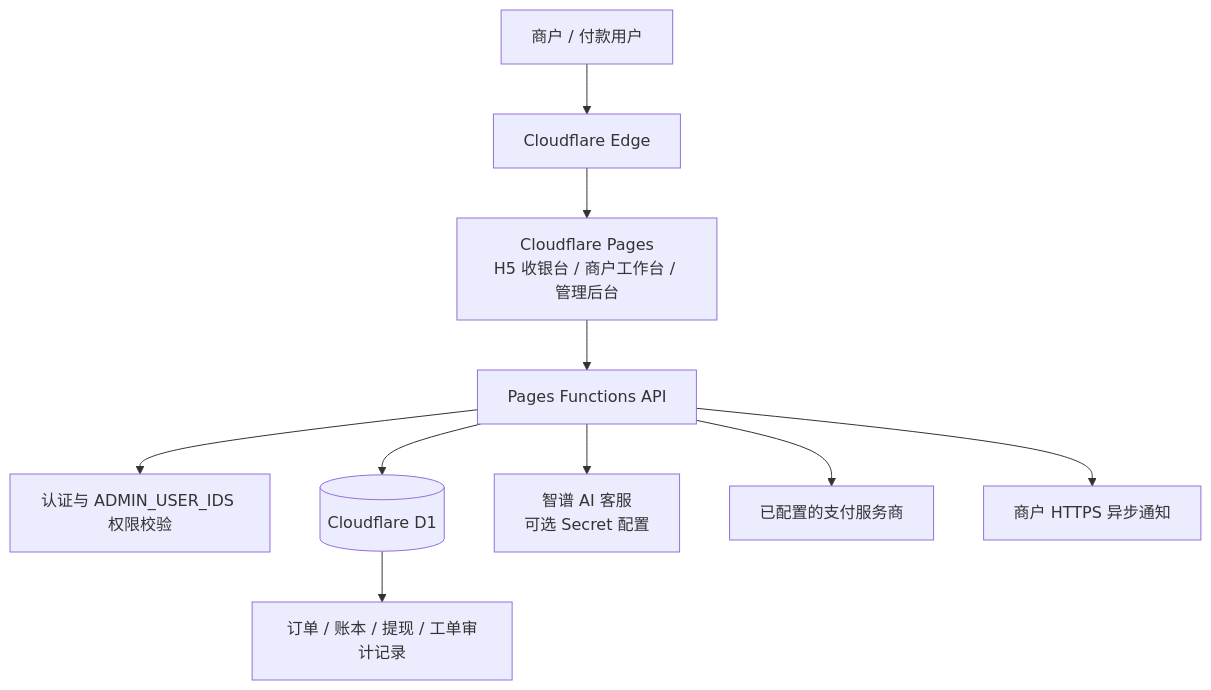
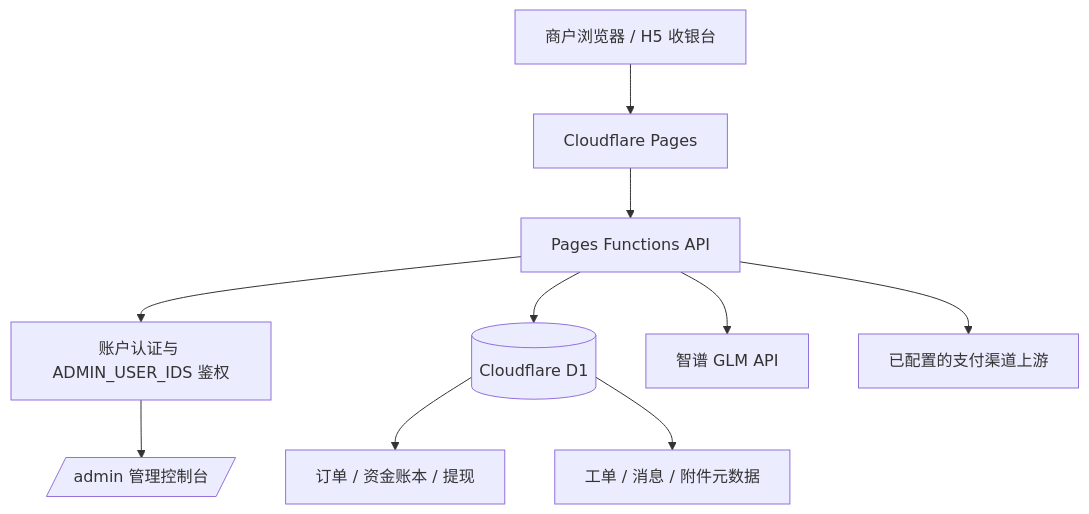
One commit to Zhouzhou198871/pay changed the diagram in README.md. Above: the diagram before and after it, drawn with Mermaid. The commit also changed other lines of this file, not shown here.

Commit message:
Rewrite project README with architecture, setup and compliance

````diff
--- a/README.md
+++ b/README.md
@@ -17,12 +20,12 @@
 ```mermaid
-flowchart TD
-  U[商户 / 付款用户] --> EDGE[Cloudflare Edge]
-  EDGE --> PAGES[Cloudflare Pages<br/>H5 收银台 / 商户工作台 / 管理后台]
-  PAGES --> FN[Pages Functions API]
-  FN --> AUTH[认证与 ADMIN_USER_IDS 权限校验]
-  FN --> D1[(Cloudflare D1)]
-  FN --> AI[智谱 AI 客服<br/>可选 Secret 配置]
-  FN --> PAY[已配置的支付服务商]
-  FN --> NOTIFY[商户 HTTPS 异步通知]
-  D1 --> AUDIT[订单 / 账本 / 提现 / 工单审计记录]
+flowchart TB
+  U[商户浏览器 / H5 收银台] --> P[Cloudflare Pages]
+  P --> F[Pages Functions API]
+  F --> A[账户认证与 ADMIN_USER_IDS 鉴权]
+  F --> D[(Cloudflare D1)]
+  D --> O[订单 / 资金账本 / 提现]
+  D --> S[工单 / 消息 / 附件元数据]
+  F --> Z[智谱 GLM API]
+  F --> N[已配置的支付渠道上游]
+  A --> M[/admin 管理控制台/]
 ```
````
